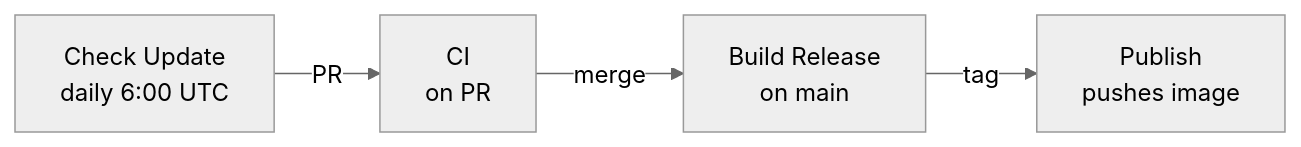
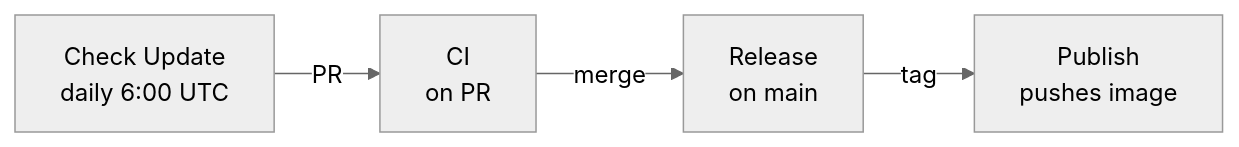
Before and after one commit to omniproc/act-buildkit-runner: the diagram in .github/workflows/README.md, drawn with Mermaid (neutral theme). The commit also changed other lines of this file and 1 other file, not shown here.

````diff
--- a/.github/workflows/README.md
+++ b/.github/workflows/README.md
@@ -12,6 +12,6 @@
 ```mermaid
 graph LR
     A[Check Update<br/>daily 6:00 UTC] -->|PR| B[CI<br/>on PR]
-    B -->|merge| C[Build Release<br/>on main]
+    B -->|merge| C[Release<br/>on main]
     C -->|tag| D[Publish<br/>pushes image]
 ```
````
